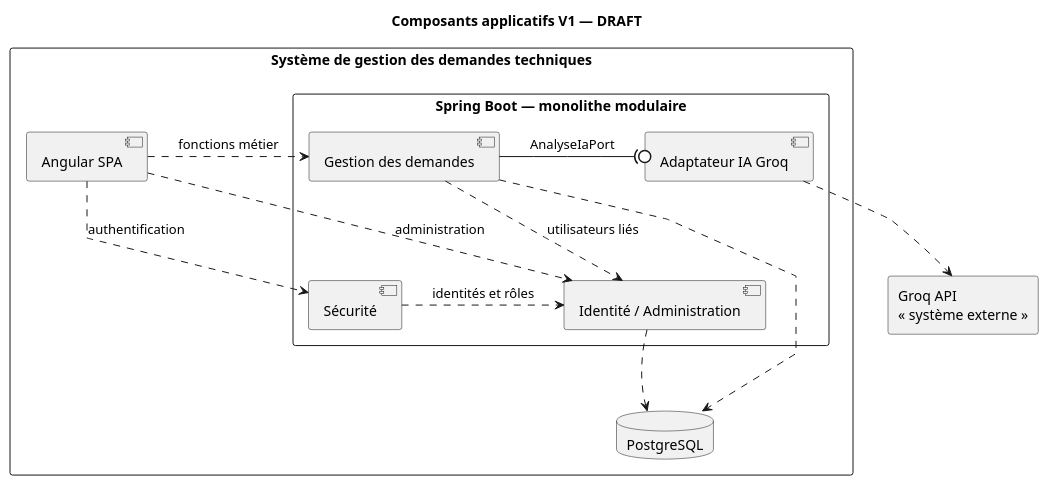
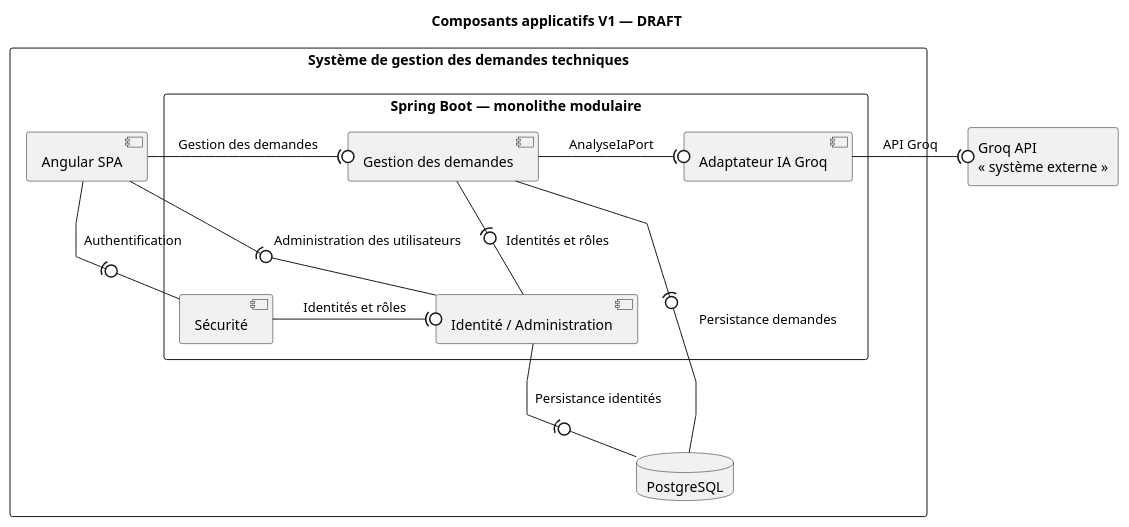
The diagram in docs/uml/component/application-components-v1.puml (akrouty/gestion-demandes-techniques), drawn with PlantUML before and after one commit. The commit also changed 1 other file, not shown here.

```diff
--- a/docs/uml/component/application-components-v1.puml
+++ b/docs/uml/component/application-components-v1.puml
@@ -1,46 +1,47 @@
 @startuml
 !pragma horizontalLineBetweenDifferentPackageAllowed
 ' Statut : DRAFT
 ' Vue logique limitée ; aucun détail de déploiement.
 title Composants applicatifs V1 — DRAFT
 top to bottom direction
 skinparam monochrome true
 skinparam shadowing false
 skinparam backgroundColor white
 skinparam componentStyle uml2
 skinparam linetype polyline
 skinparam nodesep 60
 skinparam ranksep 75
 rectangle "Système de gestion des demandes techniques" as SYSTEM {
   component "Angular SPA" as SPA
   rectangle "Spring Boot — monolithe modulaire" as BACKEND {
     component "Sécurité" as SECURITY
     component "Gestion des demandes" as REQUEST
     component "Identité / Administration" as IDENTITY
     component "Adaptateur IA Groq" as AI
   }
   database "PostgreSQL" as POSTGRES
 }
 rectangle "Groq API\n« système externe »" as GROQ
-SPA .right.> SECURITY : authentification
-SPA .right.> REQUEST : fonctions métier
-SPA .right.> IDENTITY : administration
-SECURITY .right.> IDENTITY : identités et rôles
-REQUEST .right.> IDENTITY : utilisateurs liés
-' Interface requise côté demandes, fournie par GroqAnalyseIaAdapter.
+SPA -(0- SECURITY : Authentification
+SPA -(0 REQUEST : Gestion des demandes
+SPA -(0- IDENTITY : Administration des utilisateurs
+SECURITY -(0 IDENTITY : Identités et rôles
+REQUEST -(0- IDENTITY : Identités et rôles
+' Assemblies : socket côté client, lollipop côté fournisseur.
+' Identités et rôles : même contrat IdentiteService, deux usages représentés.
 REQUEST -(0 AI : AnalyseIaPort
-AI .down.> GROQ
-REQUEST .down.> POSTGRES
-IDENTITY .down.> POSTGRES
+AI -(0 GROQ : API Groq
+REQUEST -(0- POSTGRES : Persistance demandes
+IDENTITY -(0- POSTGRES : Persistance identités
 ' Contraintes graphiques uniquement.
 REQUEST -[hidden]right-> AI
 SPA -[hidden]down-> SECURITY
 SECURITY -[hidden]right-> IDENTITY
 
 SPA -[hidden]right-> REQUEST
 REQUEST -[hidden]down-> IDENTITY
 IDENTITY -[hidden]down-> POSTGRES
 
 AI -[hidden]right-> GROQ
 
 @enduml
```
